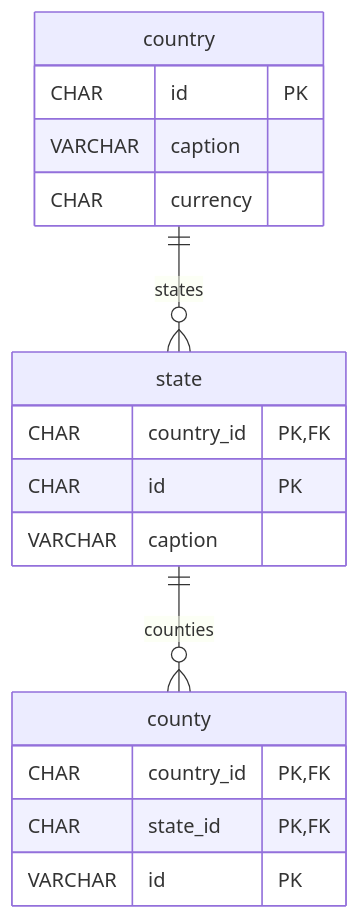
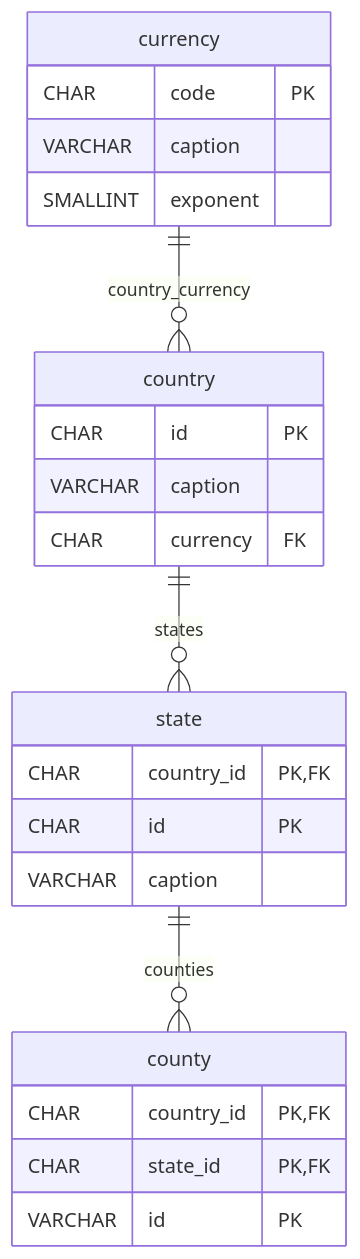
Before and after one commit to nauticana/keel: the ninth of 24 diagrams in doc/database.md, drawn with Mermaid. The commit also changed other lines of this file and 121 other files, not shown here.

````diff
--- a/doc/database.md
+++ b/doc/database.md
@@ -655,21 +655,27 @@
 ```mermaid
 erDiagram
+    currency ||--o{ country : "country_currency"
     country ||--o{ state : "states"
     state ||--o{ county : "counties"
 
+    currency {
+        CHAR code PK
+        VARCHAR caption
+        SMALLINT exponent
+    }
     country {
         CHAR id PK
         VARCHAR caption
-        CHAR currency
+        CHAR currency FK
     }
     state {
         CHAR country_id PK,FK
         CHAR id PK
         VARCHAR caption
     }
     county {
         CHAR country_id PK,FK
         CHAR state_id PK,FK
         VARCHAR id PK
     }
 ```
````
